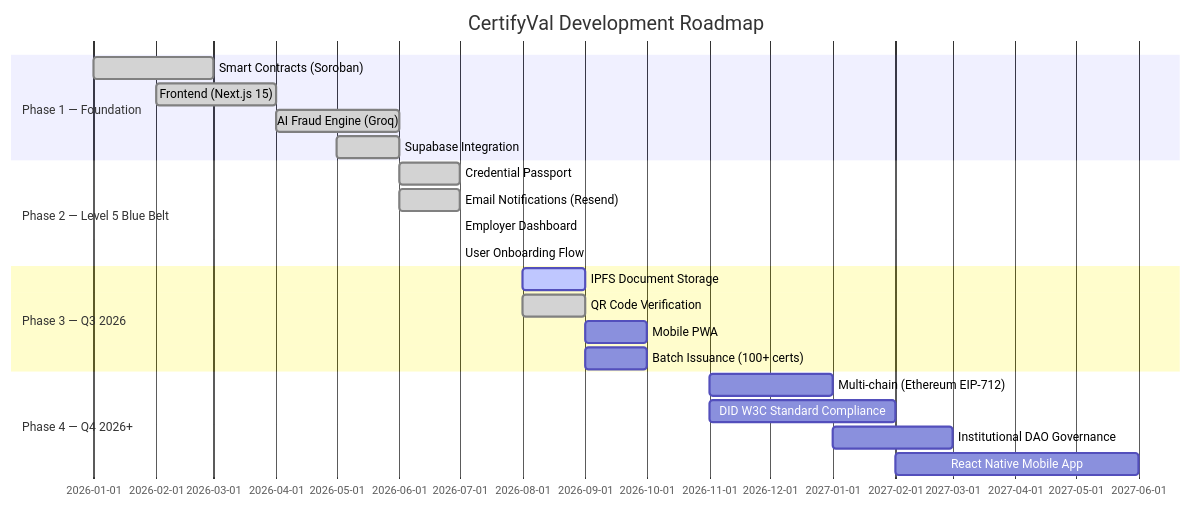
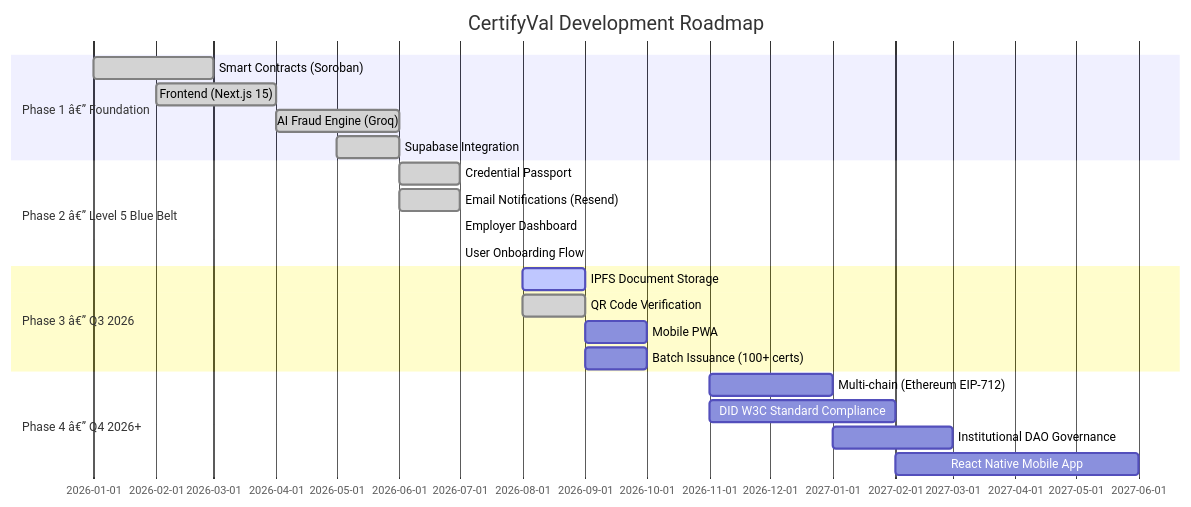
Diagram 15 of 15 in README.md (sohansarkar07/Digital-certificate-validator-full-project), drawn with Mermaid before and after one commit. The commit also changed other lines of this file, not shown here.

````diff
--- a/README.md
+++ b/README.md
@@ -906,28 +906,28 @@
 ```mermaid
 gantt
     title CertifyVal Development Roadmap
     dateFormat  YYYY-MM
-    section Phase 1 — Foundation
+    section Phase 1 â€” Foundation
     Smart Contracts (Soroban)       :done,   p1a, 2026-01, 2026-03
     Frontend (Next.js 15)           :done,   p1b, 2026-02, 2026-04
     AI Fraud Engine (Groq)          :done,   p1c, 2026-04, 2026-06
     Supabase Integration            :done,   p1d, 2026-05, 2026-06
 
-    section Phase 2 — Level 5 Blue Belt
+    section Phase 2 â€” Level 5 Blue Belt
     Credential Passport             :done,   p2a, 2026-06, 2026-07
     Email Notifications (Resend)    :done,   p2b, 2026-06, 2026-07
     Employer Dashboard              :done,   p2c, 2026-07, 2026-07
     User Onboarding Flow            :done,   p2d, 2026-07, 2026-07
 
-    section Phase 3 — Q3 2026
+    section Phase 3 â€” Q3 2026
     IPFS Document Storage           :active, p3a, 2026-08, 2026-09
     QR Code Verification            :done,   p3b, 2026-08, 2026-09
     Mobile PWA                      :        p3c, 2026-09, 2026-10
     Batch Issuance (100+ certs)     :        p3d, 2026-09, 2026-10
 
-    section Phase 4 — Q4 2026+
+    section Phase 4 â€” Q4 2026+
     Multi-chain (Ethereum EIP-712)  :        p4a, 2026-11, 2027-01
     DID W3C Standard Compliance     :        p4b, 2026-11, 2027-02
     Institutional DAO Governance    :        p4c, 2027-01, 2027-03
     React Native Mobile App         :        p4d, 2027-02, 2027-06
 ```
````
